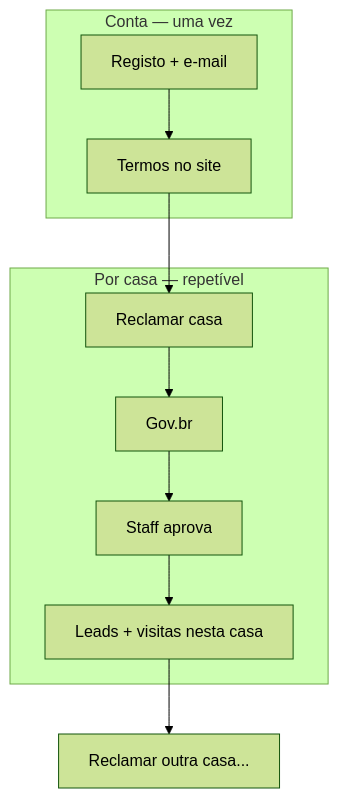
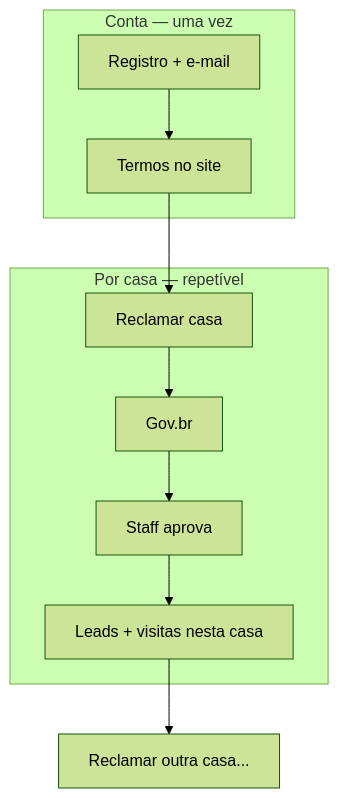
The diagram in docs/planning/corretor-contract-template.md (fortegb/platform), drawn with Mermaid (forest theme) before and after one commit. The commit also changed other lines of this file and 15 other files, not shown here.

````diff
--- a/docs/planning/corretor-contract-template.md
+++ b/docs/planning/corretor-contract-template.md
@@ -162,13 +162,13 @@
 ```mermaid
 flowchart TB
   subgraph conta [Conta — uma vez]
-    R[Registo + e-mail] --> T[Termos no site]
+    R[Registro + e-mail] --> T[Termos no site]
   end
   subgraph casa [Por casa — repetível]
     C[Reclamar casa] --> G[Gov.br]
     G --> S[Staff aprova]
     S --> L[Leads + visitas nesta casa]
   end
   T --> C
   L --> C2[Reclamar outra casa...]
 ```
````
